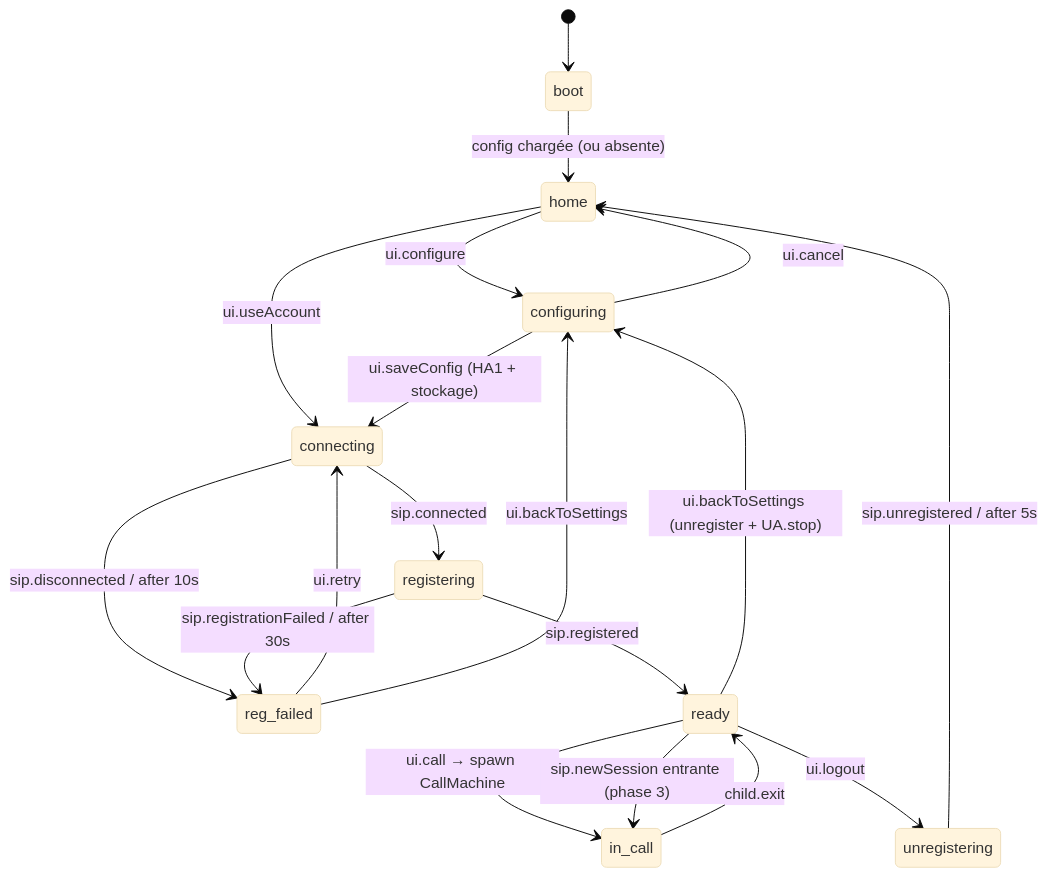
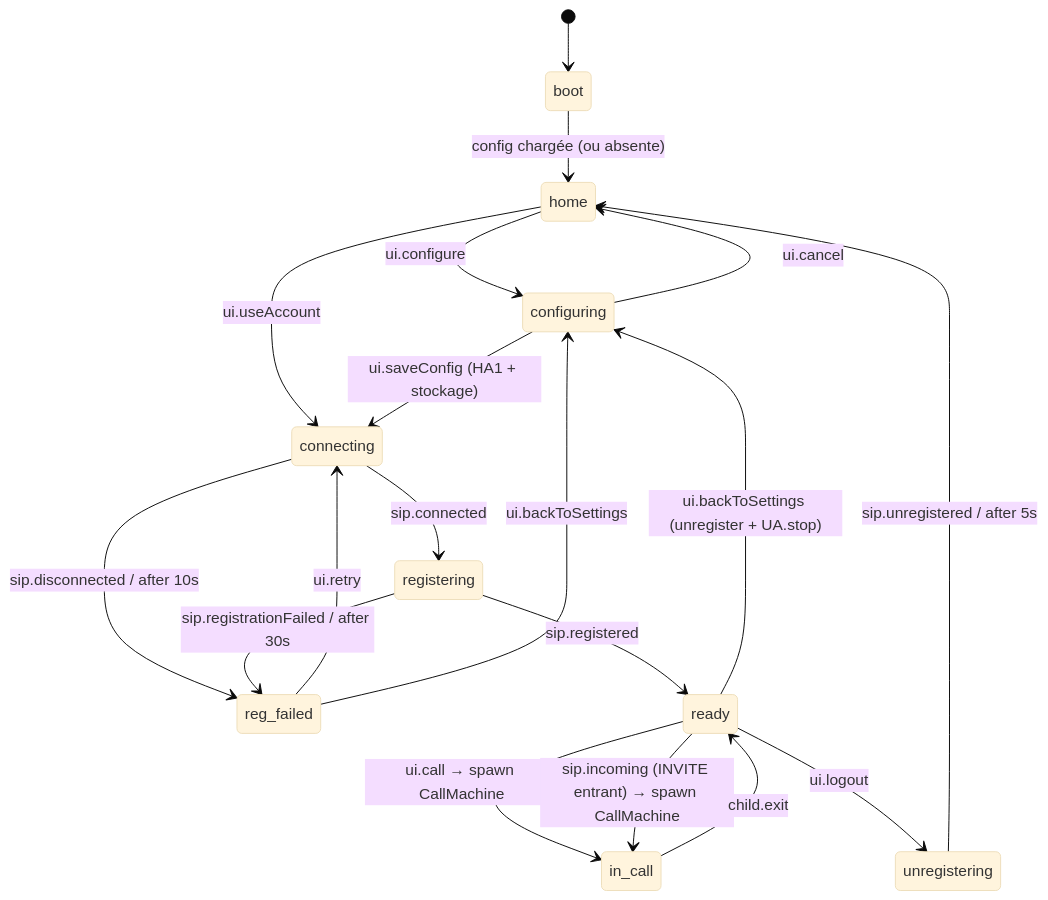
Before and after one commit to neutrino38/trix-web-client: the first of 3 diagrams in docs/CONCEPTION.md, drawn with Mermaid (base theme). The commit also changed other lines of this file and 22 other files, not shown here.

````diff
--- a/docs/CONCEPTION.md
+++ b/docs/CONCEPTION.md
@@ -88,21 +88,21 @@
 ```mermaid
 stateDiagram-v2
   [*] --> boot
   boot --> home : config chargée (ou absente)
   home --> configuring : ui.configure
   home --> connecting : ui.useAccount
   configuring --> connecting : ui.saveConfig (HA1 + stockage)
   configuring --> home : ui.cancel
   connecting --> registering : sip.connected
   connecting --> reg_failed : sip.disconnected / after 10s
   registering --> ready : sip.registered
   registering --> reg_failed : sip.registrationFailed / after 30s
   ready --> in_call : ui.call → spawn CallMachine
-  ready --> in_call : sip.newSession entrante (phase 3)
+  ready --> in_call : sip.incoming (INVITE entrant) → spawn CallMachine
   ready --> configuring : ui.backToSettings (unregister + UA.stop)
   ready --> unregistering : ui.logout
   in_call --> ready : child.exit
   reg_failed --> connecting : ui.retry
   reg_failed --> configuring : ui.backToSettings
   unregistering --> home : sip.unregistered / after 5s
 ```
````
